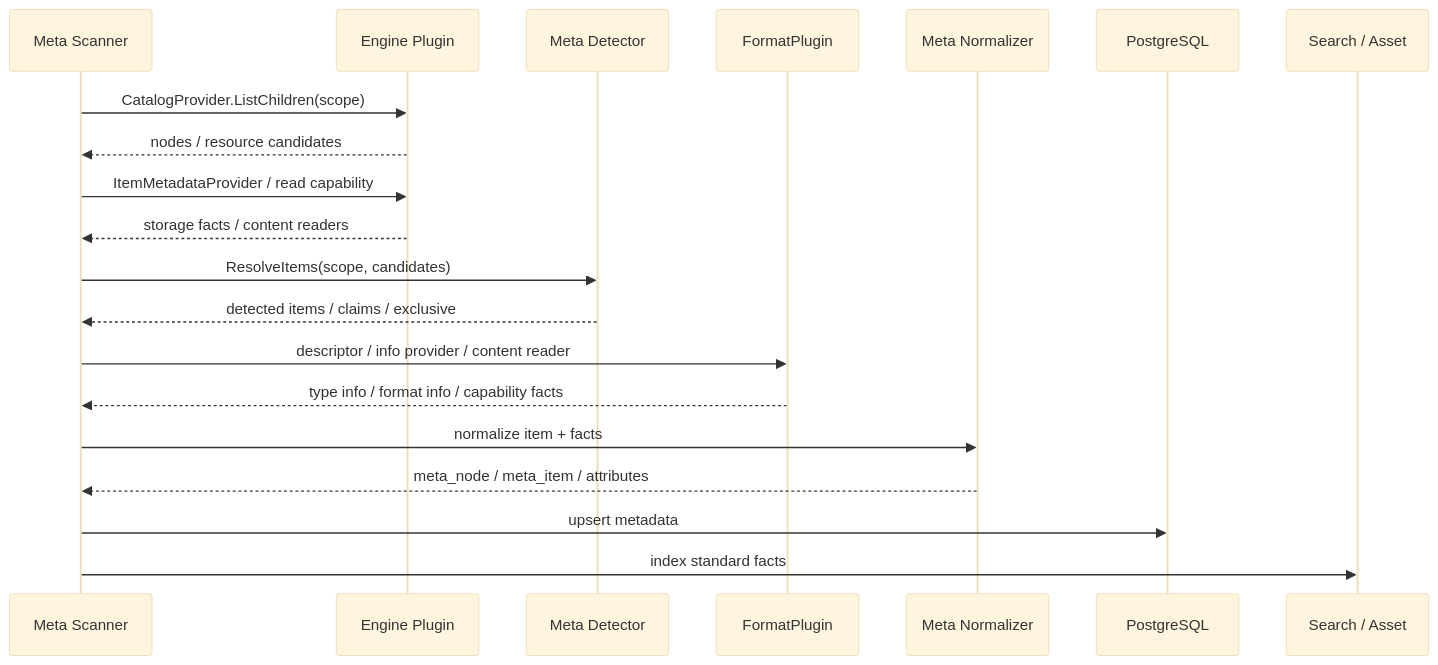
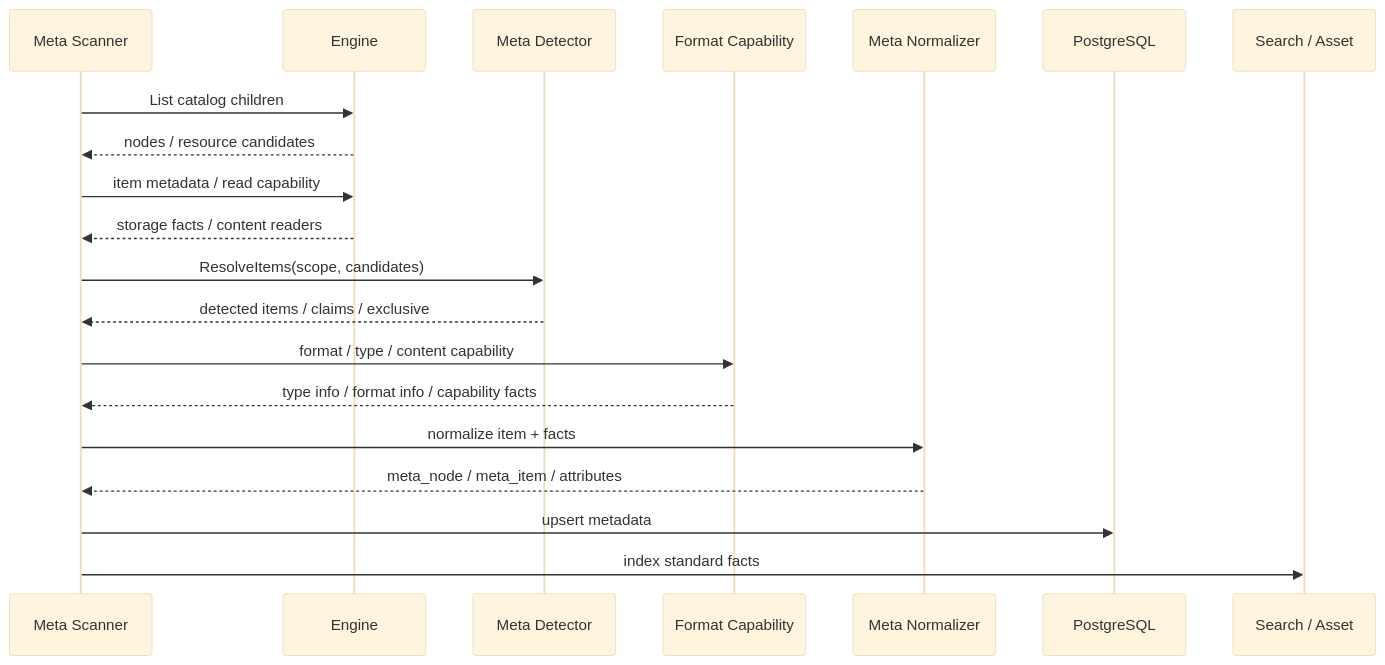
The second of 2 diagrams in docs/concepts/addp元数据体系图.md (pampa0629/addp), drawn with Mermaid (base theme) before and after one commit. The commit also changed other lines of this file and 39 other files, not shown here.

````diff
--- a/docs/concepts/addp元数据体系图.md
+++ b/docs/concepts/addp元数据体系图.md
@@ -185,23 +181,23 @@
 ```mermaid
 sequenceDiagram
     participant Meta as Meta Scanner
-    participant Engine as Engine Plugin
+    participant Engine as Engine
     participant Detector as Meta Detector
-    participant Format as FormatPlugin
+    participant Format as Format Capability
     participant Normalizer as Meta Normalizer
     participant DB as PostgreSQL
     participant Search as Search / Asset
 
-    Meta->>Engine: CatalogProvider.ListChildren(scope)
+    Meta->>Engine: List catalog children
     Engine-->>Meta: nodes / resource candidates
-    Meta->>Engine: ItemMetadataProvider / read capability
+    Meta->>Engine: item metadata / read capability
     Engine-->>Meta: storage facts / content readers
     Meta->>Detector: ResolveItems(scope, candidates)
     Detector-->>Meta: detected items / claims / exclusive
-    Meta->>Format: descriptor / info provider / content reader
+    Meta->>Format: format / type / content capability
     Format-->>Meta: type info / format info / capability facts
     Meta->>Normalizer: normalize item + facts
     Normalizer-->>Meta: meta_node / meta_item / attributes
     Meta->>DB: upsert metadata
     Meta->>Search: index standard facts
 ```
````
